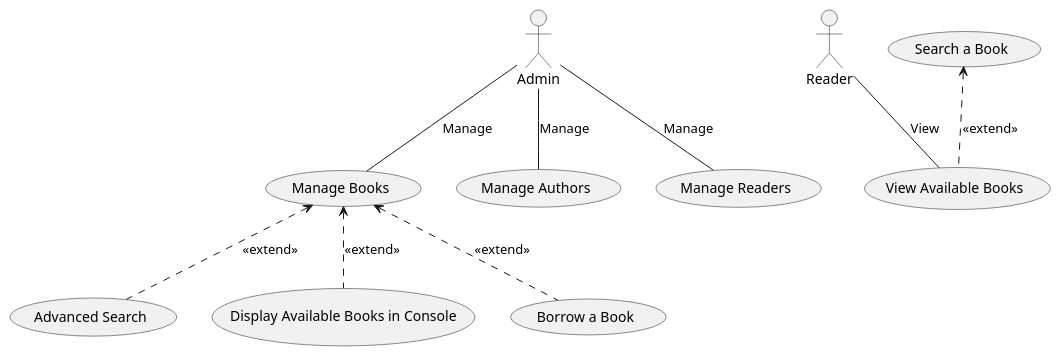
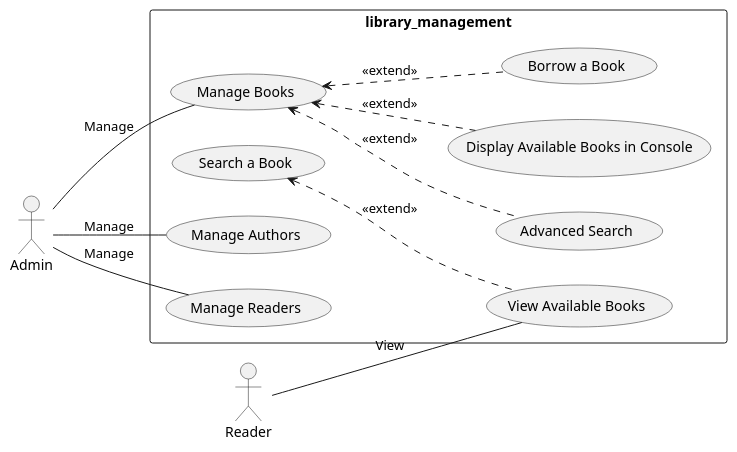
The diagram in Branche_fonctionnelle/Analyse.plantuml (DevZakariaAz/Gestion-de-biblioth-que), drawn with PlantUML before and after one commit. The commit also changed 1 other file, not shown here.

```diff
--- a/Branche_fonctionnelle/Analyse.plantuml
+++ b/Branche_fonctionnelle/Analyse.plantuml
@@ -1,24 +1,25 @@
 @startuml
-
+left to right direction
 actor Admin
 actor Reader
+rectangle library_management {
 usecase "Manage Books" as UC_ManageBook
 usecase "View Available Books" as UC_ViewAvailableBooks
+usecase "Advanced Search" as UC_AdvancedSearch
 usecase "Search a Book" as UC_SearchBook
-usecase "Advanced Search" as UC_AdvancedSearch
 usecase "Display Available Books in Console" as UC_DisplayBooksConsole
 usecase "Borrow a Book" as UC_BorrowBook
 usecase "Manage Authors" as UC_ManageAuthors
 usecase "Manage Readers" as UC_ManageReaders
-
+}
 UC_SearchBook <.. UC_ViewAvailableBooks : <<extend>>
 UC_ManageBook <.. UC_AdvancedSearch : <<extend>>
 UC_ManageBook <.. UC_DisplayBooksConsole : <<extend>>
 UC_ManageBook <.. UC_BorrowBook: <<extend>>
 
 Admin -- UC_ManageBook : "Manage"
 Admin -- UC_ManageAuthors : "Manage"
 Admin -- UC_ManageReaders : "Manage"
 
 Reader -- UC_ViewAvailableBooks : "View"
 @enduml
```
